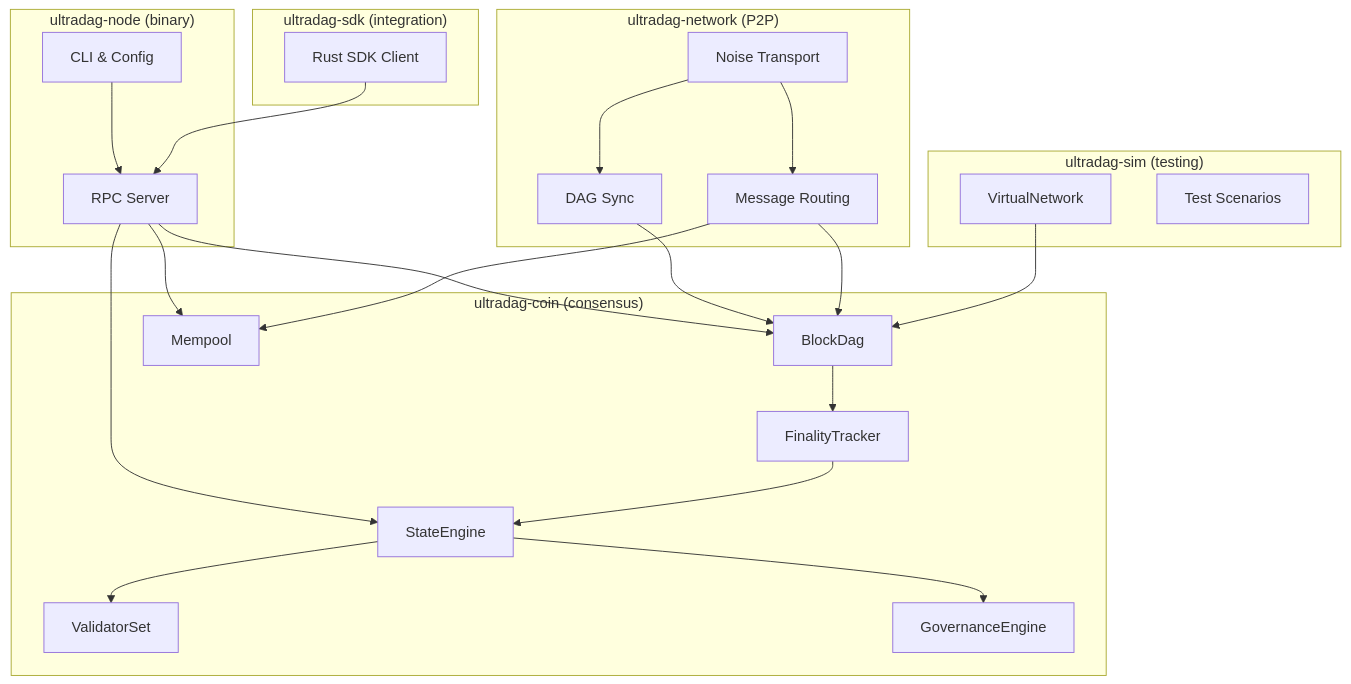
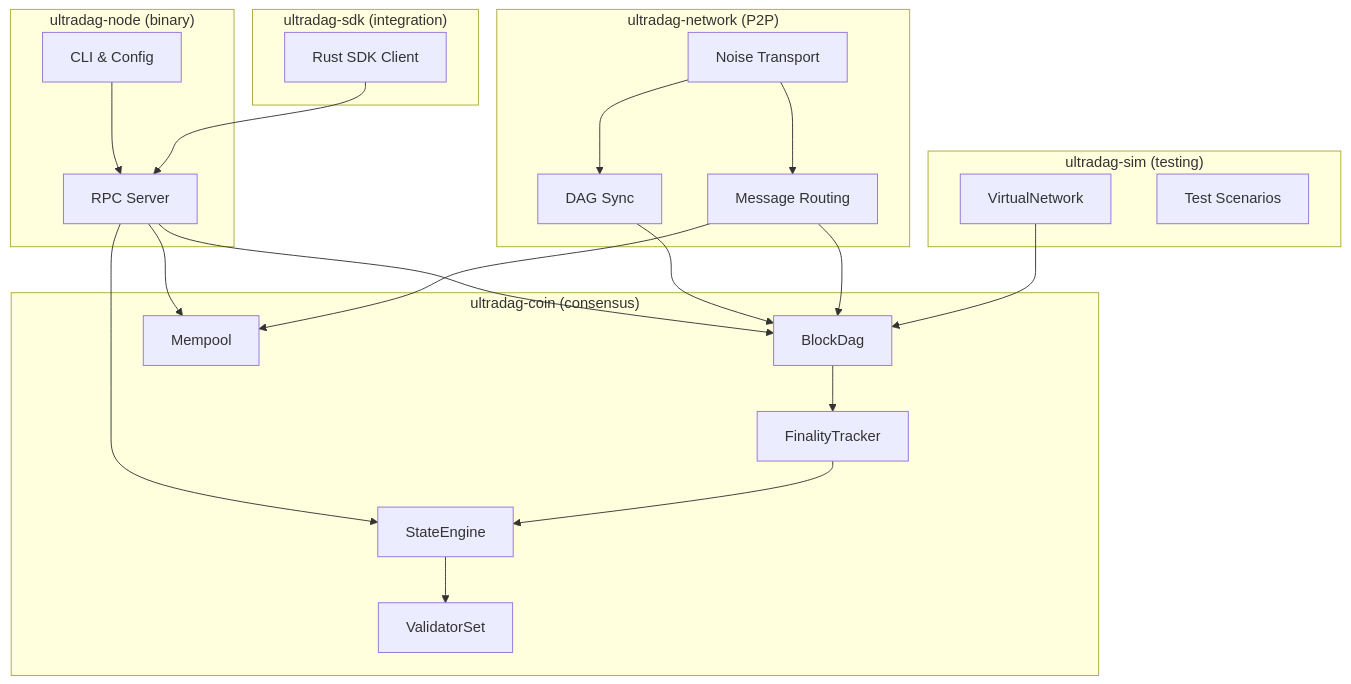
Before and after one commit to UltraDAGcom/core: the first of 2 diagrams in mkdocs-site/architecture/overview.md, drawn with Mermaid. The commit also changed other lines of this file and 22 other files, not shown here.

````diff
--- a/mkdocs-site/architecture/overview.md
+++ b/mkdocs-site/architecture/overview.md
@@ -25,47 +25,45 @@
 ```mermaid
 graph TB
     subgraph "ultradag-node (binary)"
         CLI[CLI & Config]
         RPC[RPC Server]
     end
 
     subgraph "ultradag-network (P2P)"
         Transport[Noise Transport]
         Sync[DAG Sync]
         Gossip[Message Routing]
     end
 
     subgraph "ultradag-coin (consensus)"
         DAG[BlockDag]
         Finality[FinalityTracker]
         State[StateEngine]
         Mempool[Mempool]
         Validator[ValidatorSet]
-        Governance[GovernanceEngine]
     end
 
     subgraph "ultradag-sim (testing)"
         VNet[VirtualNetwork]
         Scenarios[Test Scenarios]
     end
 
     subgraph "ultradag-sdk (integration)"
         SDK[Rust SDK Client]
     end
 
     CLI --> RPC
     RPC --> DAG
     RPC --> State
     RPC --> Mempool
     Transport --> Sync
     Transport --> Gossip
     Sync --> DAG
     Gossip --> DAG
     Gossip --> Mempool
     DAG --> Finality
     Finality --> State
     State --> Validator
-    State --> Governance
     VNet --> DAG
     SDK --> RPC
 ```
````
